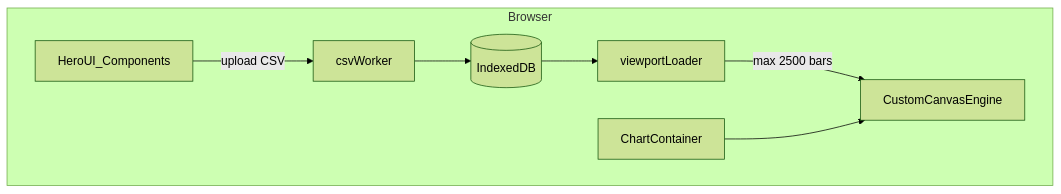
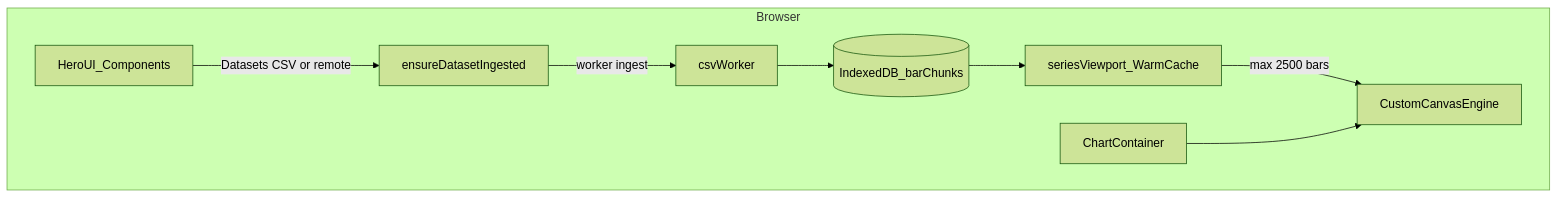
One commit to ayoubsiyari/light-talaria-log changed the first of 2 diagrams in docs/ARCHITECTURE.md. Above: the diagram before and after it, drawn with Mermaid (forest theme). The commit also changed other lines of this file and 17 other files, not shown here.

````diff
--- a/docs/ARCHITECTURE.md
+++ b/docs/ARCHITECTURE.md
@@ -15,15 +15,17 @@
 ```mermaid
 flowchart TB
   subgraph Browser
     UI[HeroUI_Components]
+    ENS[ensureDatasetIngested]
     CC[ChartContainer]
-    VL[viewportLoader]
+    VL[seriesViewport_WarmCache]
     CH[CustomCanvasEngine]
 
-    UI -->|upload CSV| Worker
-    Worker[csvWorker] --> IDB[(IndexedDB)]
+    UI -->|Datasets CSV or remote| ENS
+    ENS -->|worker ingest| Worker
+    Worker[csvWorker] --> IDB[(IndexedDB_barChunks)]
     IDB --> VL
     VL -->|"max 2500 bars"| CH
     CC --> CH
   end
 ```
````
